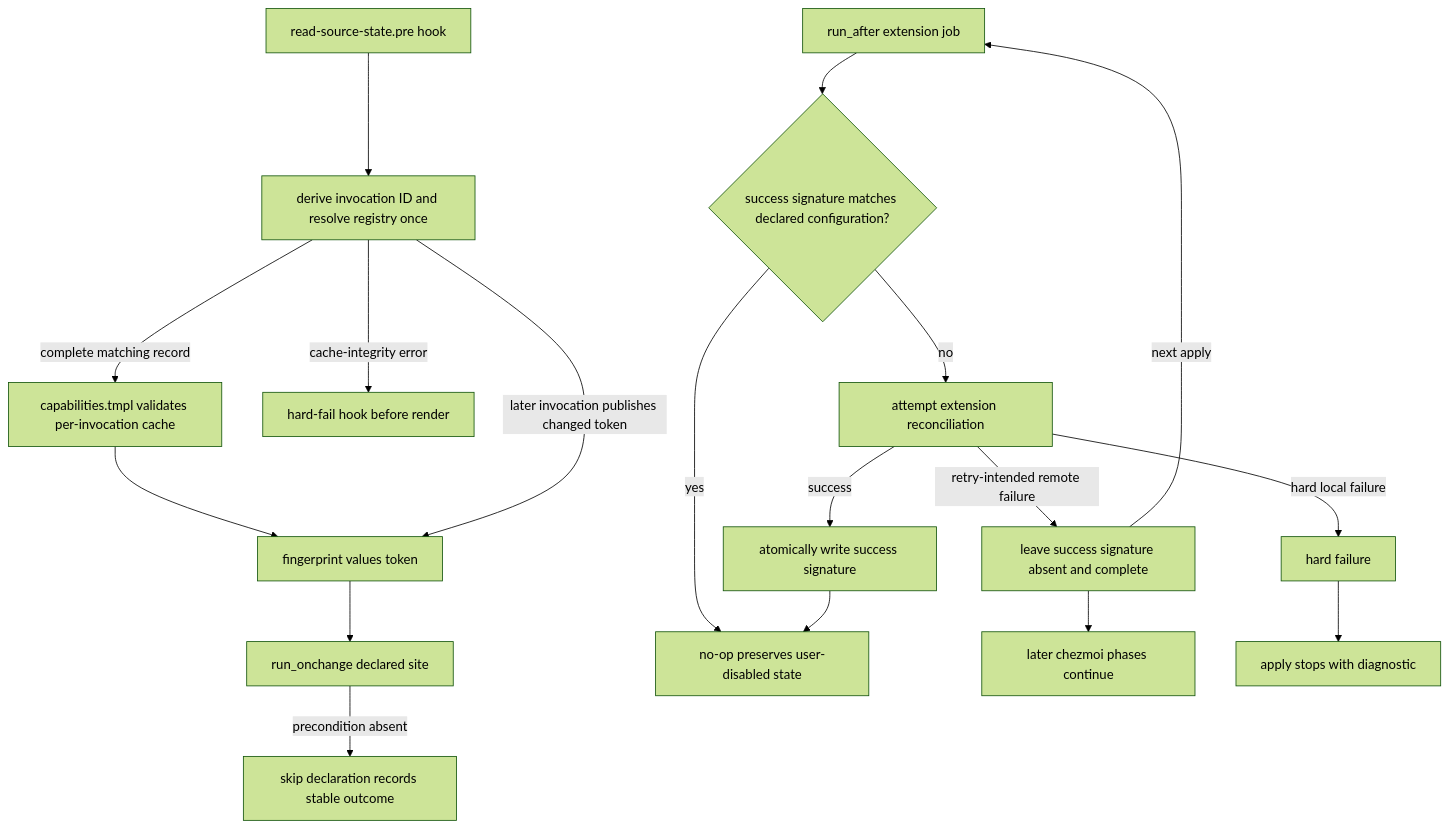
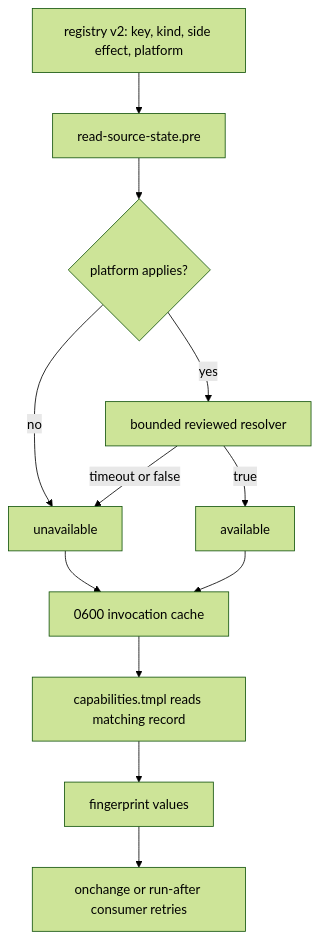
The first of 2 diagrams in docs/plans/feedback-sweep-plan-2026-08-14.md (hyperlapse122/dotfiles), drawn with Mermaid (forest theme) before and after one commit. The commit also changed other lines of this file and 2 other files, not shown here.

````diff
--- a/docs/plans/feedback-sweep-plan-2026-08-14.md
+++ b/docs/plans/feedback-sweep-plan-2026-08-14.md
@@ -127,20 +126,14 @@
 ```mermaid
 flowchart TB
-  H[read-source-state.pre hook] --> C[derive invocation ID and resolve registry once]
-  C -->|complete matching record| T[capabilities.tmpl validates per-invocation cache]
-  C -->|cache-integrity error| CF[hard-fail hook before render]
-  T --> F[fingerprint values token]
-  C -->|later invocation publishes changed token| F
-  F --> O[run_onchange declared site]
-  O -->|precondition absent| S[skip declaration records stable outcome]
-  R[run_after extension job] --> Q{success signature matches declared configuration?}
-  Q -->|yes| N[no-op preserves user-disabled state]
-  Q -->|no| X[attempt extension reconciliation]
-  X -->|retry-intended remote failure| P[leave success signature absent and complete]
-  P --> L[later chezmoi phases continue]
-  P -->|next apply| R
-  X -->|success| W[atomically write success signature]
-  W --> N
-  X -->|hard local failure| E[hard failure]
-  E --> Z[apply stops with diagnostic]
+  R[registry v2: key, kind, side effect, platform] --> H[read-source-state.pre]
+  H --> A{platform applies?}
+  A -->|no| U[unavailable]
+  A -->|yes| P[bounded reviewed resolver]
+  P -->|timeout or false| U
+  P -->|true| V[available]
+  U --> C[0600 invocation cache]
+  V --> C
+  C --> T[capabilities.tmpl reads matching record]
+  T --> F[fingerprint values]
+  F --> S[onchange or run-after consumer retries]
 ```
````
